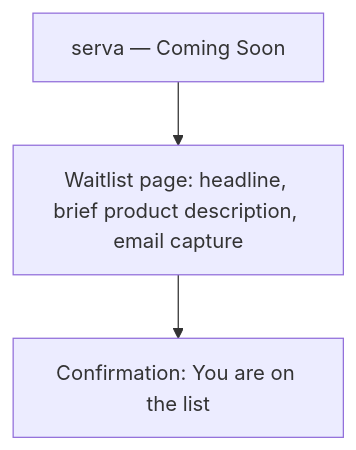
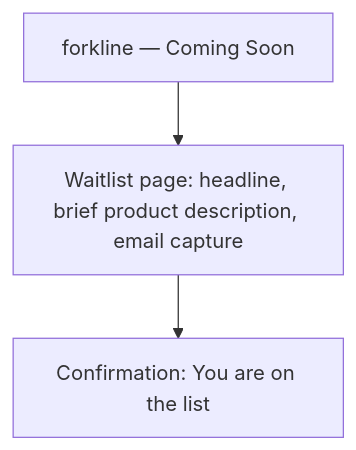
One commit to himanshusalve16/Graphxy-Labs-Landing-Page changed the fifth of 5 diagrams in Docs/04_Information_Architecture.md. Above: the diagram before and after it, drawn with Mermaid. The commit also changed other lines of this file and 53 other files, not shown here.

````diff
--- a/Docs/04_Information_Architecture.md
+++ b/Docs/04_Information_Architecture.md
@@ -110,5 +127,5 @@
 ```mermaid
 flowchart TD
-    Root[serva — Coming Soon] --> WL[Waitlist page: headline, brief product description, email capture]
+    Root[forkline — Coming Soon] --> WL[Waitlist page: headline, brief product description, email capture]
     WL --> Confirm[Confirmation: You are on the list]
 ```
````
